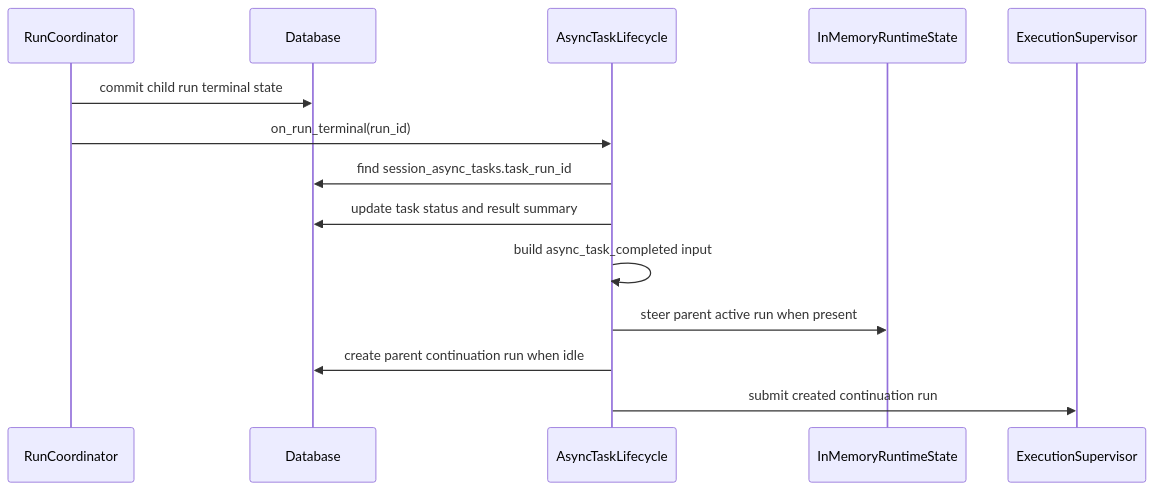
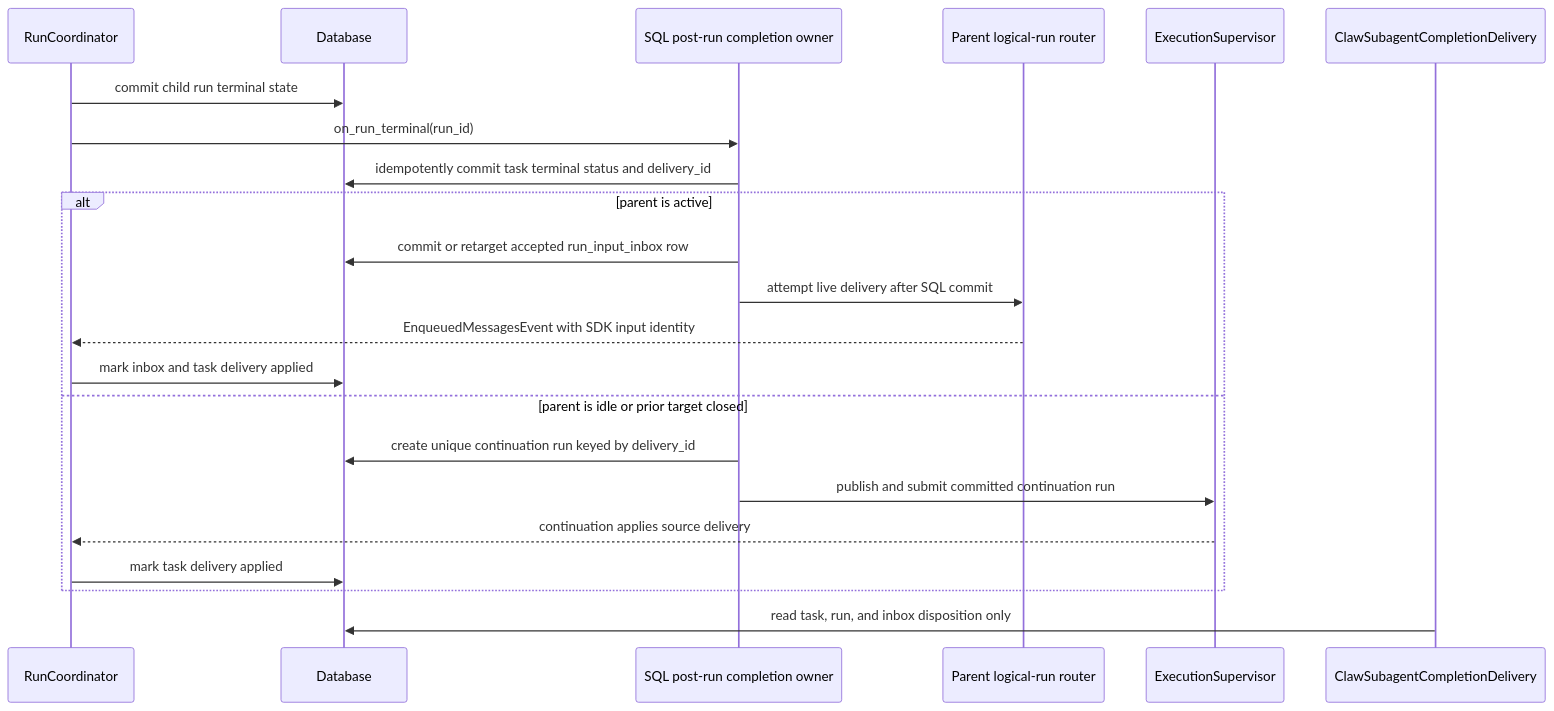
Before and after one commit to Wh1isper/ya-agent-sdk: the fourth of 4 diagrams in packages/ya-claw/spec/07-async-subagents.md, drawn with Mermaid. The commit also changed other lines of this file and 446 other files, not shown here.

````diff
--- a/packages/ya-claw/spec/07-async-subagents.md
+++ b/packages/ya-claw/spec/07-async-subagents.md
@@ -232,17 +345,25 @@
 ```mermaid
 sequenceDiagram
     participant COORD as RunCoordinator
     participant SQL as Database
-    participant ASYNC as AsyncTaskLifecycle
-    participant RUNTIME as InMemoryRuntimeState
+    participant OWNER as SQL post-run completion owner
+    participant ROUTER as Parent logical-run router
     participant SUP as ExecutionSupervisor
+    participant OBS as ClawSubagentCompletionDelivery
 
     COORD->>SQL: commit child run terminal state
-    COORD->>ASYNC: on_run_terminal(run_id)
-    ASYNC->>SQL: find session_async_tasks.task_run_id
-    ASYNC->>SQL: update task status and result summary
-    ASYNC->>ASYNC: build async_task_completed input
-    ASYNC->>RUNTIME: steer parent active run when present
-    ASYNC->>SQL: create parent continuation run when idle
-    ASYNC->>SUP: submit created continuation run
+    COORD->>OWNER: on_run_terminal(run_id)
+    OWNER->>SQL: idempotently commit task terminal status and delivery_id
+    alt parent is active
+        OWNER->>SQL: commit or retarget accepted run_input_inbox row
+        OWNER->>ROUTER: attempt live delivery after SQL commit
+        ROUTER-->>COORD: EnqueuedMessagesEvent with SDK input identity
+        COORD->>SQL: mark inbox and task delivery applied
+    else parent is idle or prior target closed
+        OWNER->>SQL: create unique continuation run keyed by delivery_id
+        OWNER->>SUP: publish and submit committed continuation run
+        SUP-->>COORD: continuation applies source delivery
+        COORD->>SQL: mark task delivery applied
+    end
+    OBS->>SQL: read task, run, and inbox disposition only
 ```
````
